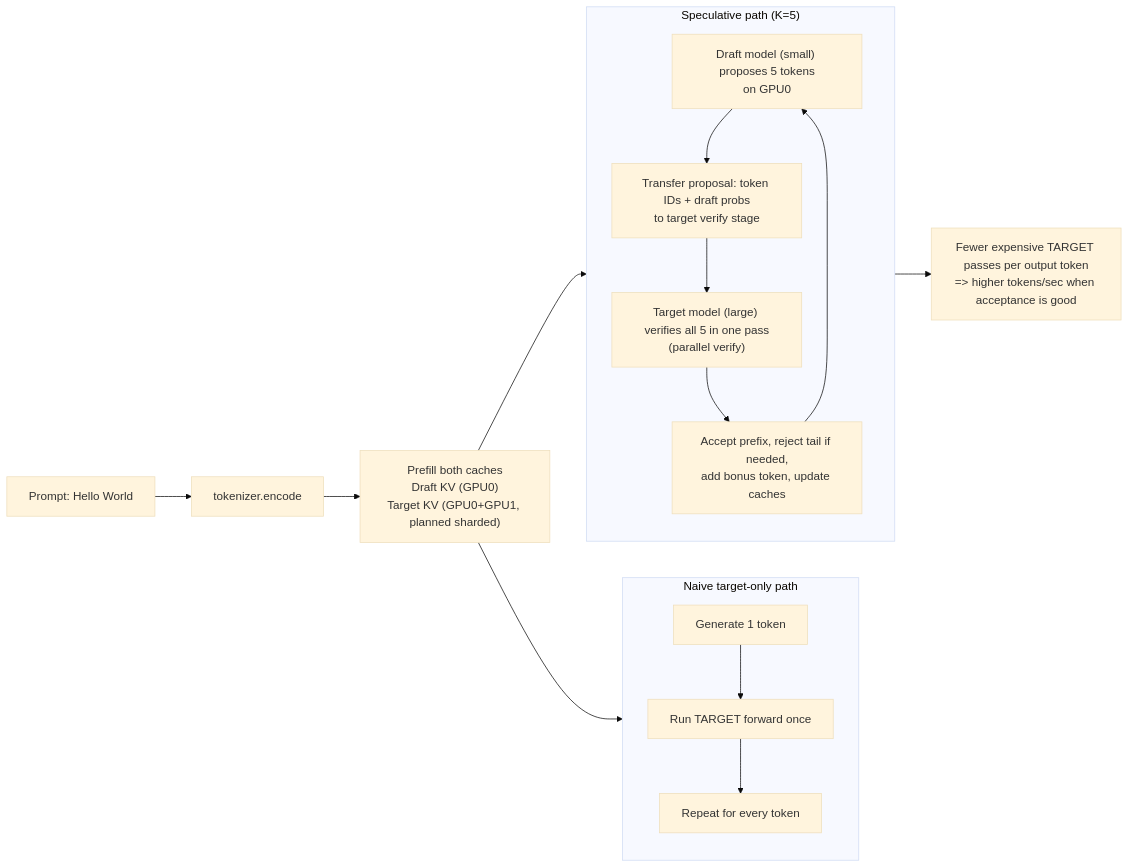
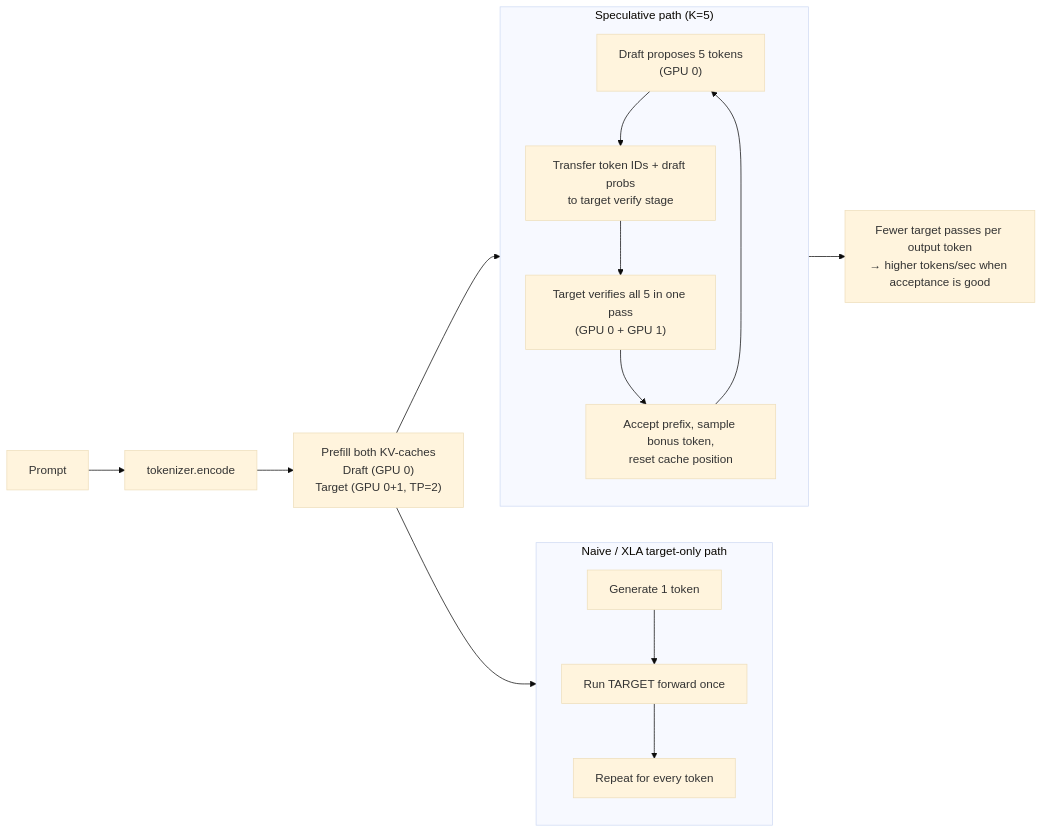
Before and after one commit to WeiL11/XLA-Sharded-_demo: the diagram in README.md, drawn with Mermaid (base theme). The commit also changed other lines of this file, not shown here.

````diff
--- a/README.md
+++ b/README.md
@@ -89,22 +40,22 @@
 ```mermaid
 flowchart LR
-    A["Prompt: Hello World"] --> B["tokenizer.encode"]
-    B --> C["Prefill both caches\nDraft KV (GPU0)\nTarget KV (GPU0+GPU1, planned sharded)"]
+    A["Prompt"] --> B["tokenizer.encode"]
+    B --> C["Prefill both KV-caches\nDraft (GPU 0)\nTarget (GPU 0+1, TP=2)"]
 
-    subgraph N["Naive target-only path"]
+    subgraph N["Naive / XLA target-only path"]
       N1["Generate 1 token"] --> N2["Run TARGET forward once"]
       N2 --> N3["Repeat for every token"]
     end
 
     subgraph S["Speculative path (K=5)"]
-      S1["Draft model (small) proposes 5 tokens\non GPU0"] --> S2["Transfer proposal: token IDs + draft probs\nto target verify stage"]
-      S2 --> S3["Target model (large) verifies all 5 in one pass\n(parallel verify)"]
-      S3 --> S4["Accept prefix, reject tail if needed,\nadd bonus token, update caches"]
+      S1["Draft proposes 5 tokens\n(GPU 0)"] --> S2["Transfer token IDs + draft probs\nto target verify stage"]
+      S2 --> S3["Target verifies all 5 in one pass\n(GPU 0 + GPU 1)"]
+      S3 --> S4["Accept prefix, sample bonus token,\nreset cache position"]
       S4 --> S1
     end
 
     C --> N
     C --> S
 
-    S --> O["Fewer expensive TARGET passes per output token\n=> higher tokens/sec when acceptance is good"]
+    S --> O["Fewer target passes per output token\n→ higher tokens/sec when acceptance is good"]
 ```
````
